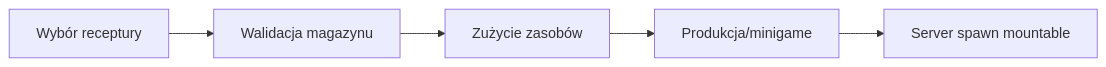
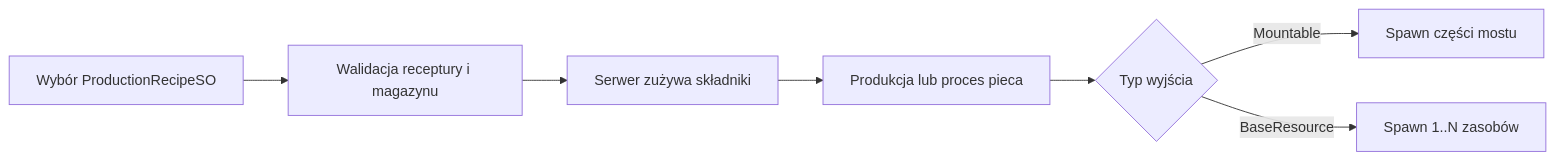
One commit to HohiMohi/RageQuitting changed the diagram in Documentation/Factories-Storage-And-Production.md. Above: the diagram before and after it, drawn with Mermaid. The commit also changed other lines of this file and 4 other files, not shown here.

````diff
--- a/Documentation/Factories-Storage-And-Production.md
+++ b/Documentation/Factories-Storage-And-Production.md
@@ -36,7 +64,9 @@
 ```mermaid
 flowchart LR
-    S["Wybór receptury"] --> R["Walidacja magazynu"]
-    R --> C["Zużycie zasobów"]
-    C --> P["Produkcja/minigame"]
-    P --> N["Server spawn mountable"]
+    S["Wybór ProductionRecipeSO"] --> V["Walidacja receptury i magazynu"]
+    V --> C["Serwer zużywa składniki"]
+    C --> P["Produkcja lub proces pieca"]
+    P --> O{"Typ wyjścia"}
+    O -->|Mountable| M["Spawn części mostu"]
+    O -->|BaseResource| R["Spawn 1..N zasobów"]
 ```
````
